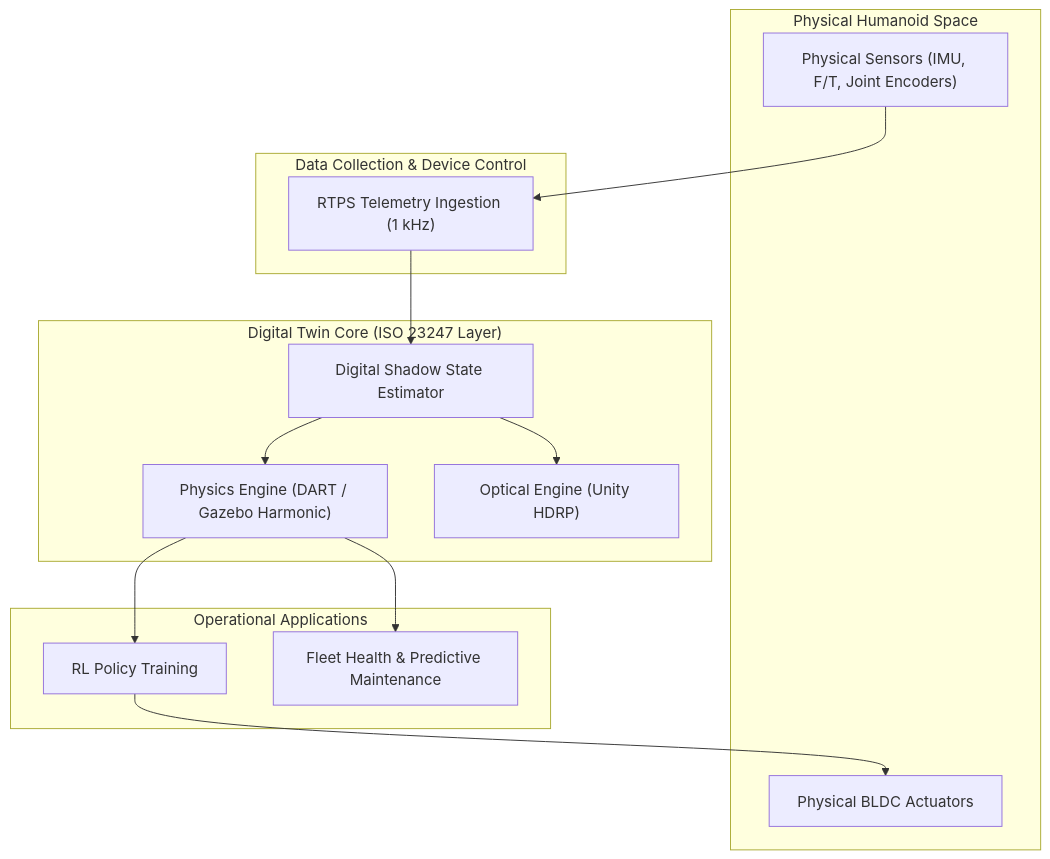
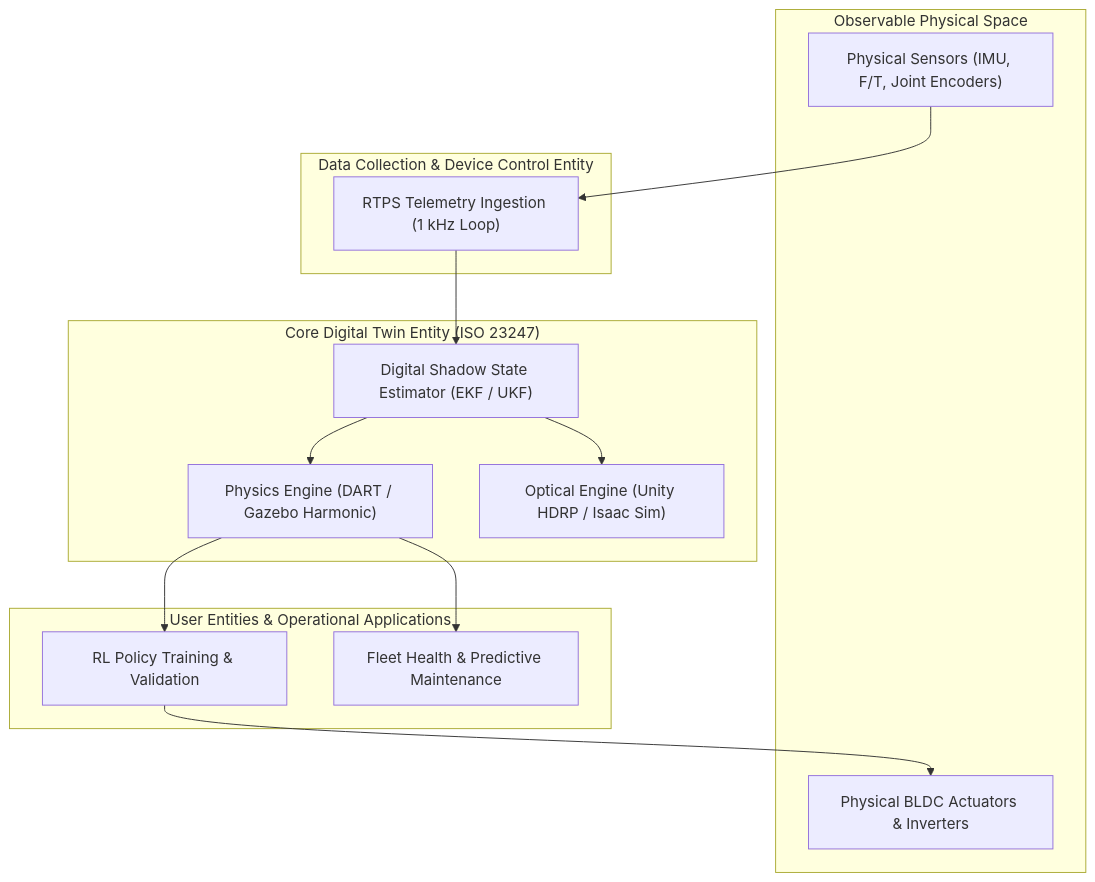
One commit to MudassirT/Physical-AI-Humanoid-Robotics changed the third of 3 diagrams in ai-book-docs/module2-digital-twin/2-1-introduction-to-digital-twins.mdx. Above: the diagram before and after it, drawn with Mermaid. The commit also changed other lines of this file and 2 other files, not shown here.

Commit message:
docs(module2): expand foundational digital twins, Gazebo physics, and sensor simulation

````diff
--- a/ai-book-docs/module2-digital-twin/2-1-introduction-to-digital-twins.mdx
+++ b/ai-book-docs/module2-digital-twin/2-1-introduction-to-digital-twins.mdx
@@ -105,30 +117,30 @@
 ```mermaid
 flowchart TD
-    subgraph ObservablePhysicalSpace["Physical Humanoid Space"]
+    subgraph ObservablePhysicalSpace["Observable Physical Space"]
         Sensors["Physical Sensors (IMU, F/T, Joint Encoders)"]
-        Actuators["Physical BLDC Actuators"]
+        Actuators["Physical BLDC Actuators & Inverters"]
     end
 
-    subgraph DataCollection["Data Collection & Device Control"]
-        DDSBridge["RTPS Telemetry Ingestion (1 kHz)"]
+    subgraph DataCollection["Data Collection & Device Control Entity"]
+        DDSBridge["RTPS Telemetry Ingestion (1 kHz Loop)"]
     end
 
-    subgraph DigitalTwinCore["Digital Twin Core (ISO 23247 Layer)"]
+    subgraph DigitalTwinCore["Core Digital Twin Entity (ISO 23247)"]
         PhysicsSim["Physics Engine (DART / Gazebo Harmonic)"]
-        OpticalSim["Optical Engine (Unity HDRP)"]
-        KalmanShadow["Digital Shadow State Estimator"]
+        OpticalSim["Optical Engine (Unity HDRP / Isaac Sim)"]
+        KalmanShadow["Digital Shadow State Estimator (EKF / UKF)"]
     end
 
-    subgraph UserEntities["Operational Applications"]
-        RLTraining["RL Policy Training"]
+    subgraph UserEntities["User Entities & Operational Applications"]
+        RLTraining["RL Policy Training & Validation"]
         HealthMonitoring["Fleet Health & Predictive Maintenance"]
     end
 
     Sensors --> DDSBridge
     DDSBridge --> KalmanShadow
     KalmanShadow --> PhysicsSim
     KalmanShadow --> OpticalSim
     PhysicsSim --> RLTraining
     PhysicsSim --> HealthMonitoring
     RLTraining --> Actuators
 ```
````
